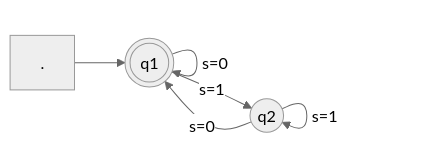
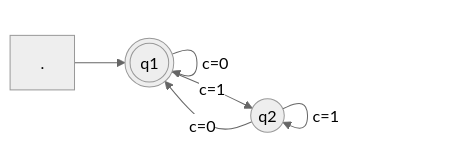
The second of 3 diagrams in Coursera/(4)计算理论基础.md (Invisiphantom/Mind-City), drawn with Mermaid (neutral theme) before and after one commit. The commit also changed other lines of this file and 2 other files, not shown here.

````diff
--- a/Coursera/(4)计算理论基础.md
+++ b/Coursera/(4)计算理论基础.md
@@ -191,9 +191,9 @@
 ```mermaid
 graph LR
     q1(((q1))); q2((q2));
     . --> q1
-    q1 --s=0--> q1
-    q1 --s=1--> q2
-    q2 --s=0--> q1
-    q2 --s=1--> q2
+    q1 --c=0--> q1
+    q1 --c=1--> q2
+    q2 --c=0--> q1
+    q2 --c=1--> q2
 ```
````
